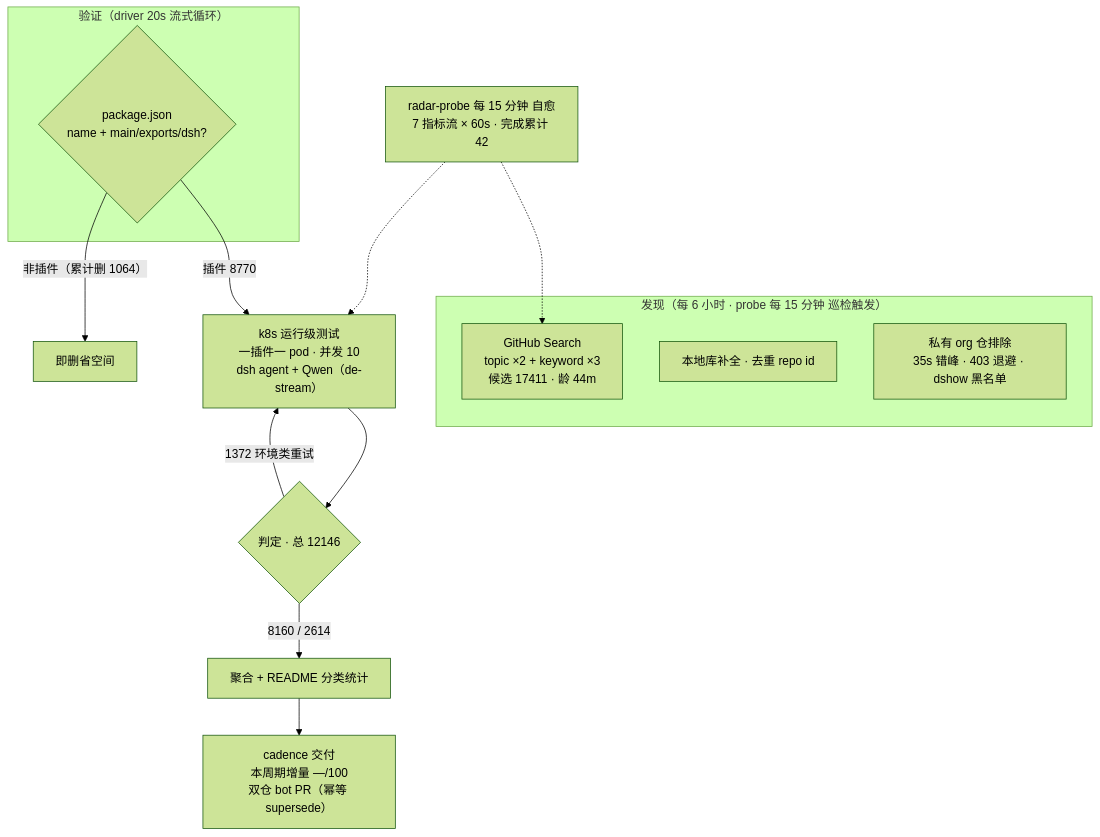
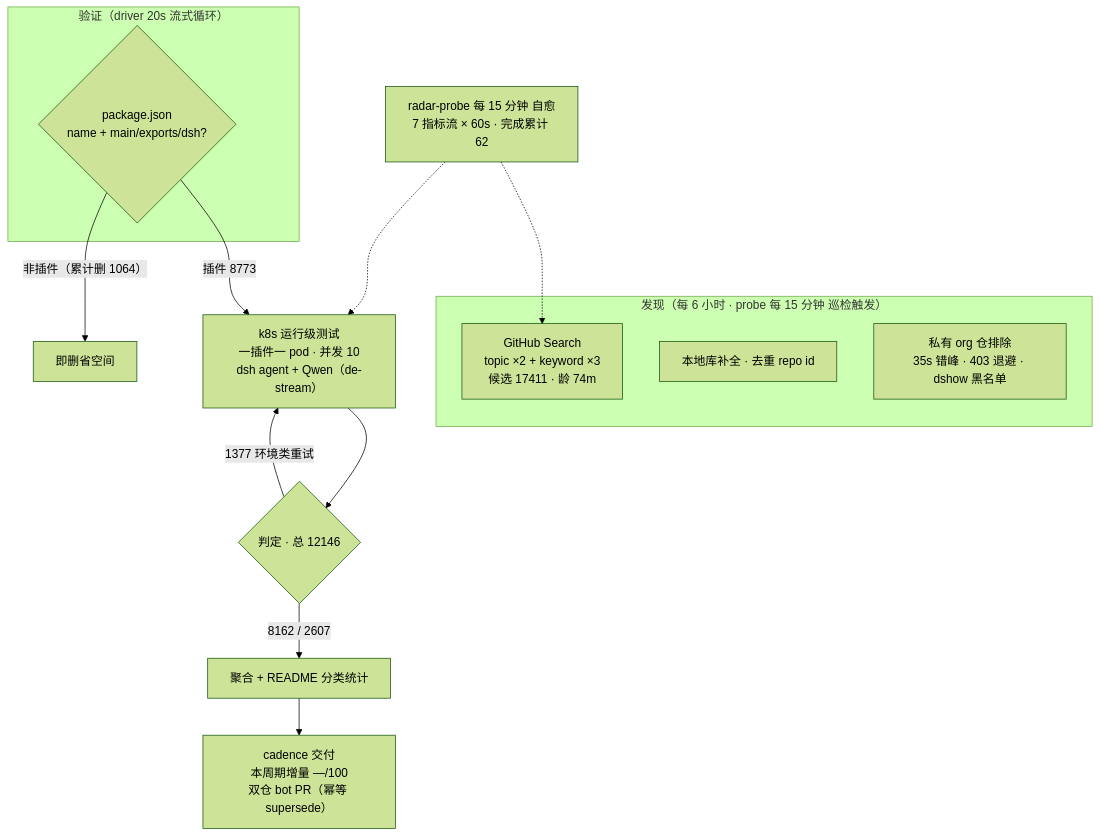
The diagram in README.md (Zhidao-Lab-OSS/awesome-dsh-plugins), drawn with Mermaid (forest theme) before and after one commit. The commit also changed other lines of this file and 1 other file, not shown here.

````diff
--- a/README.md
+++ b/README.md
@@ -52,20 +52,20 @@
 ```mermaid
 flowchart TB
     subgraph Discovery["发现（每 6 小时 · probe 每 15 分钟 巡检触发）"]
-        A1["GitHub Search<br/>topic ×2 + keyword ×3<br/>候选 17411 · 龄 44m"]
+        A1["GitHub Search<br/>topic ×2 + keyword ×3<br/>候选 17411 · 龄 74m"]
         A2["本地库补全 · 去重 repo id"]
         A3["私有 org 仓排除<br/>35s 错峰 · 403 退避 · dshow 黑名单"]
     end
     subgraph Validation["验证（driver 20s 流式循环）"]
         B1{"package.json<br/>name + main/exports/dsh?"}
     end
-    B1 -->|"插件 8770"| C1["k8s 运行级测试<br/>一插件一 pod · 并发 10<br/>dsh agent + Qwen（de-stream）"]
+    B1 -->|"插件 8773"| C1["k8s 运行级测试<br/>一插件一 pod · 并发 10<br/>dsh agent + Qwen（de-stream）"]
     B1 -->|"非插件（累计删 1064）"| B3["即删省空间"]
     C1 --> D1{"判定 · 总 12146"}
-    D1 -->|"8160 / 2614"| E1["聚合 + README 分类统计"]
-    D1 -->|"1372 环境类重试"| C1
+    D1 -->|"8162 / 2607"| E1["聚合 + README 分类统计"]
+    D1 -->|"1377 环境类重试"| C1
     E1 --> E2["cadence 交付<br/>本周期增量 —/100<br/>双仓 bot PR（幂等 supersede）"]
-    M["radar-probe 每 15 分钟 自愈<br/>7 指标流 × 60s · 完成累计 42"]
+    M["radar-probe 每 15 分钟 自愈<br/>7 指标流 × 60s · 完成累计 62"]
     M -.-> A1
     M -.-> C1
 ```
````
